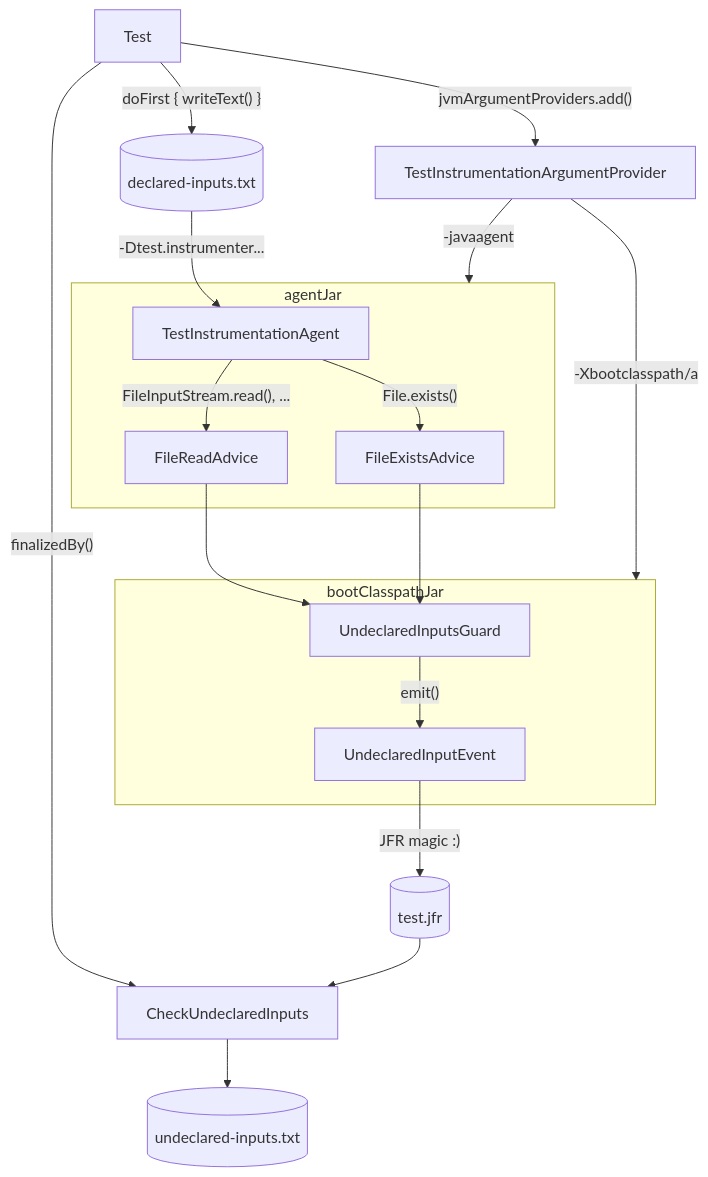
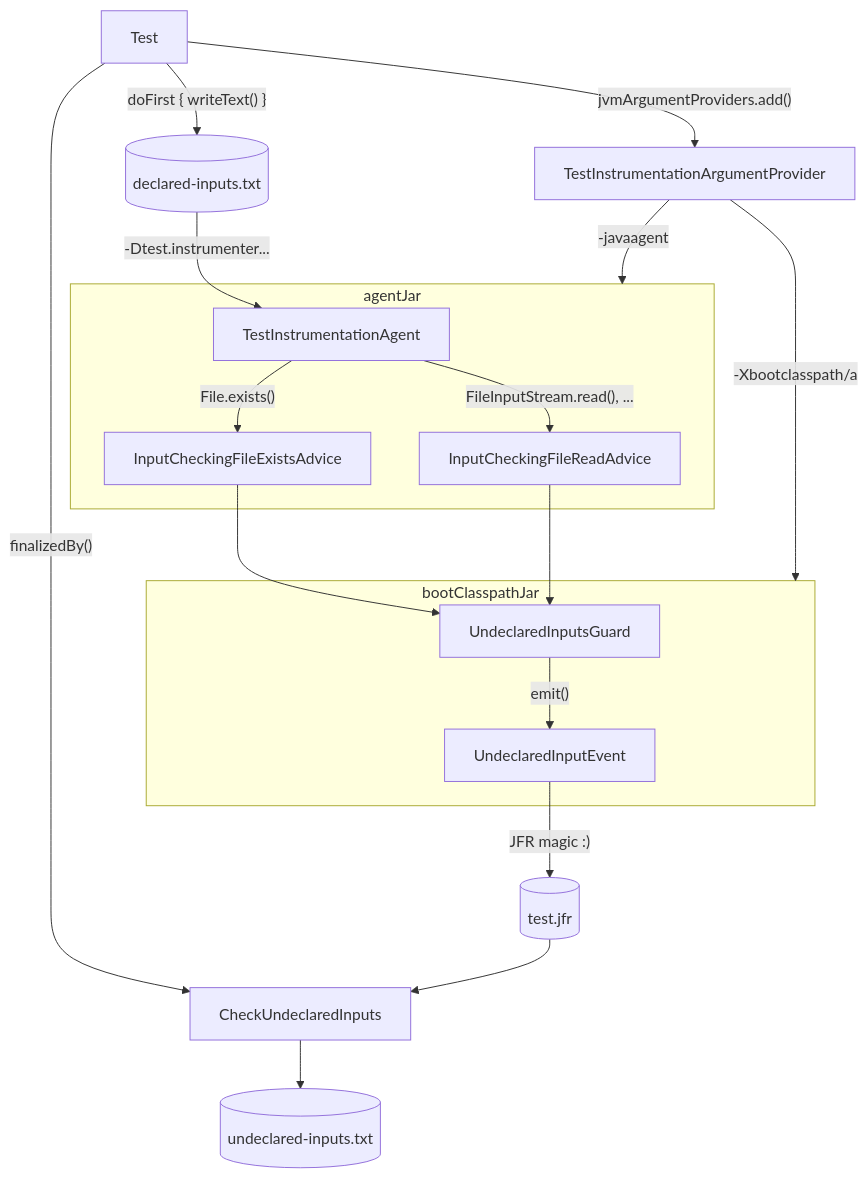
Before and after one commit to DendyGrobovshik/kotlin: the second of 2 diagrams in repo/gradle-build-conventions/test-inputs-check-v2/README.md, drawn with Mermaid. The commit also changed other lines of this file, not shown here.

Commit message:
fixup! [Build] Implement `test-inputs-check-v2`

````diff
--- a/repo/gradle-build-conventions/test-inputs-check-v2/README.md
+++ b/repo/gradle-build-conventions/test-inputs-check-v2/README.md
@@ -171,21 +171,21 @@
 ```mermaid
 flowchart TD
     Test -->|"jvmArgumentProviders.add()"| TestInstrumentationArgumentProvider
     Test -->|"doFirst { writeText() }"| declaredInputsTxt@{shape: cyl, label: "declared-inputs.txt"}
     declaredInputsTxt -->|"-Dtest.instrumenter..."| TestInstrumentationAgent
     Test --> |"finalizedBy()"| CheckUndeclaredInputs
     TestInstrumentationArgumentProvider -->|"-javaagent"| agentJar
     TestInstrumentationArgumentProvider -->|"-Xbootclasspath/a"| bootClasspathJar
     subgraph bootClasspathJar
         UndeclaredInputsGuard -->|"emit()"| UndeclaredInputEvent
     end
     subgraph agentJar
-        TestInstrumentationAgent -->|"File.exists()"| FileExistsAdvice
-        TestInstrumentationAgent -->|"FileInputStream.read(), ..."| FileReadAdvice
-        FileReadAdvice --> UndeclaredInputsGuard     
-        FileExistsAdvice --> UndeclaredInputsGuard
+        TestInstrumentationAgent -->|"File.exists()"| InputCheckingFileExistsAdvice
+        TestInstrumentationAgent -->|"FileInputStream.read(), ..."| InputCheckingFileReadAdvice
+        InputCheckingFileExistsAdvice --> UndeclaredInputsGuard
+        InputCheckingFileReadAdvice --> UndeclaredInputsGuard     
     end
     UndeclaredInputEvent -->|"JFR magic :)"| testJfr@{shape: cyl, label: "test.jfr"}
     testJfr --> CheckUndeclaredInputs
     CheckUndeclaredInputs --> undeclaredInputsTxt@{shape: cyl, label: "undeclared-inputs.txt"}
 ```
````
